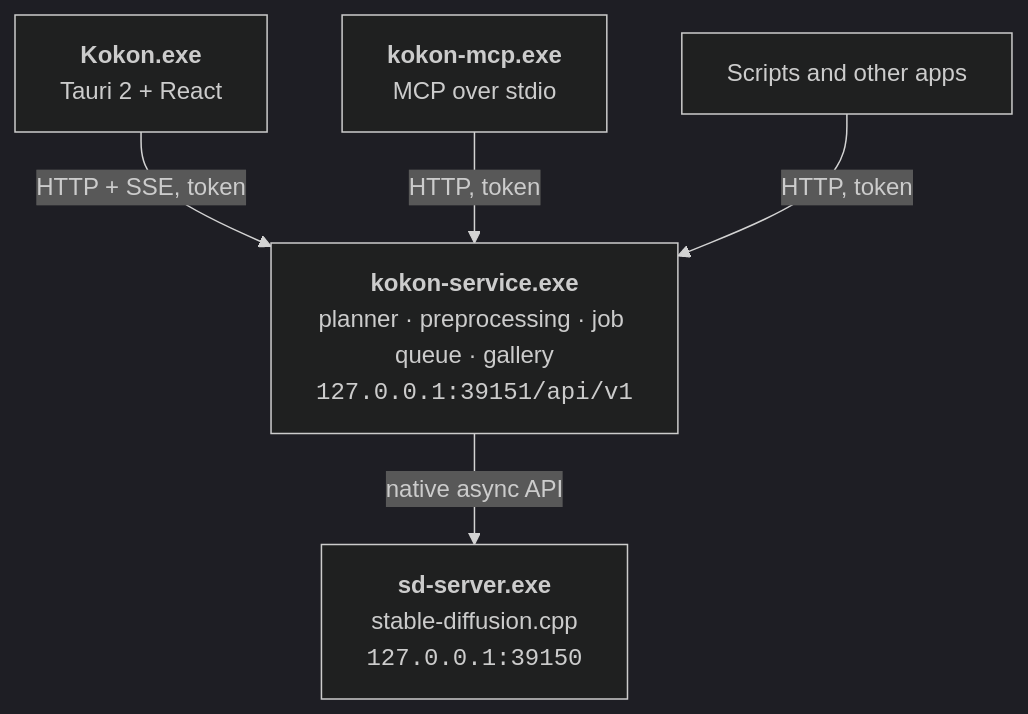
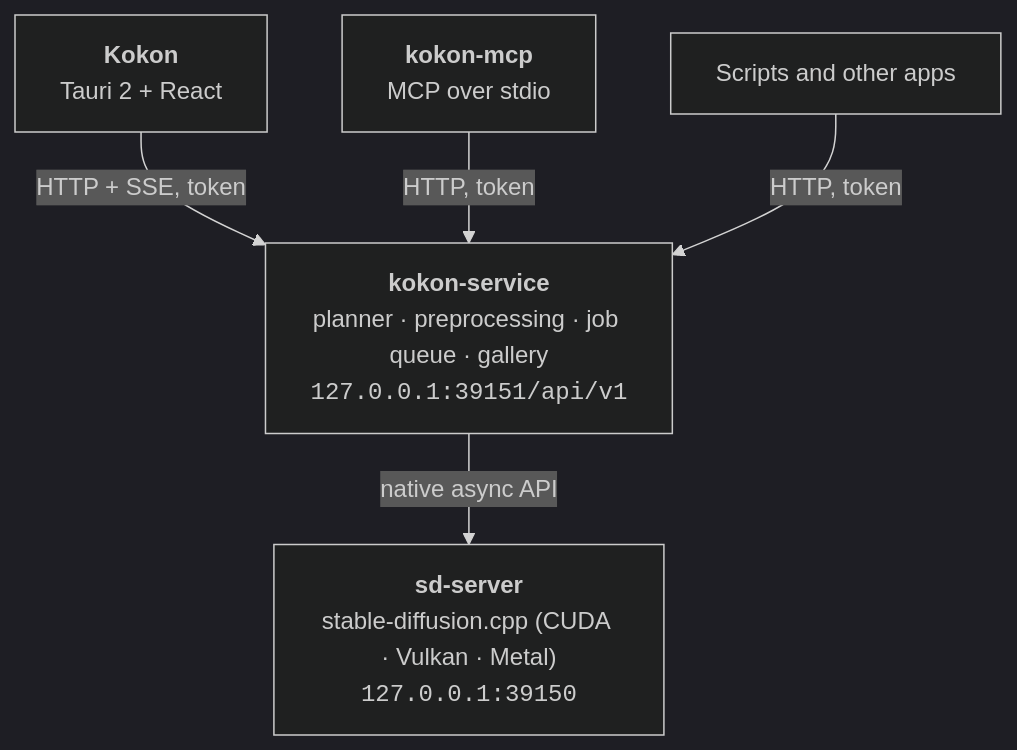
One commit to CesareDavidePace/kokon changed the second of 2 diagrams in README.md. Above: the diagram before and after it, drawn with Mermaid (dark theme). The commit also changed other lines of this file and 5 other files, not shown here.

````diff
--- a/README.md
+++ b/README.md
@@ -499,12 +568,12 @@
 ```mermaid
 flowchart TB
-    UI["<b>Kokon.exe</b><br>Tauri 2 + React"]
-    MCP["<b>kokon-mcp.exe</b><br>MCP over stdio"]
+    UI["<b>Kokon</b><br>Tauri 2 + React"]
+    MCP["<b>kokon-mcp</b><br>MCP over stdio"]
     S["Scripts and other apps"]
-    SVC["<b>kokon-service.exe</b><br>planner · preprocessing · job queue · gallery<br><code>127.0.0.1:39151/api/v1</code>"]
-    SD["<b>sd-server.exe</b><br>stable-diffusion.cpp<br><code>127.0.0.1:39150</code>"]
+    SVC["<b>kokon-service</b><br>planner · preprocessing · job queue · gallery<br><code>127.0.0.1:39151/api/v1</code>"]
+    SD["<b>sd-server</b><br>stable-diffusion.cpp (CUDA · Vulkan · Metal)<br><code>127.0.0.1:39150</code>"]
     UI -- "HTTP + SSE, token" --> SVC
     MCP -- "HTTP, token" --> SVC
     S -- "HTTP, token" --> SVC
     SVC -- "native async API" --> SD
 ```
````
